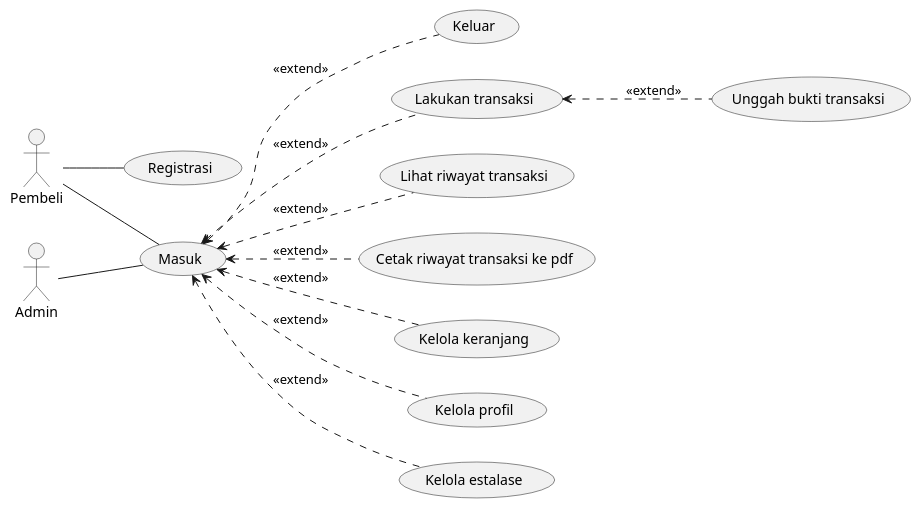
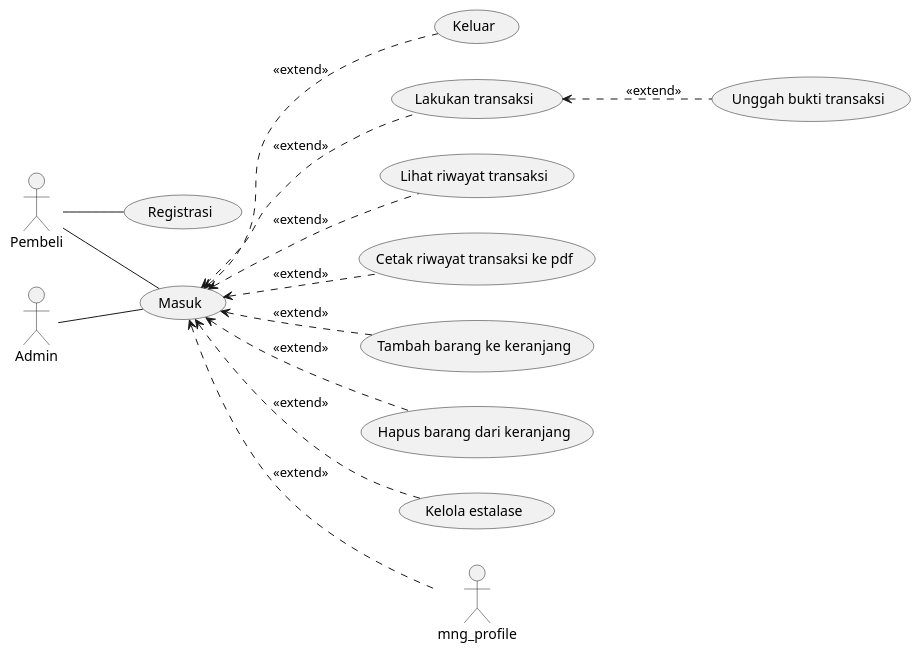
The diagram in use_case.puml (stnDinus/skpl_apbo_diagrams), drawn with PlantUML before and after one commit.

Commit message:
feat: decompose mng_cart

```diff
--- a/use_case.puml
+++ b/use_case.puml
@@ -1,34 +1,35 @@
 @startuml
 left to right direction
 
 actor Pembeli as usr
 actor Admin as root
 
 (Masuk) as signin
 (Registrasi) as signup
 (Keluar) as signout
 (Lakukan transaksi) as trx
 (Unggah bukti transaksi) as up_trx_receipt
 (Lihat riwayat transaksi) as trx_history
 (Cetak riwayat transaksi ke pdf) as pdf_trx_history
-(Kelola keranjang) as mng_cart
-(Kelola profil) as mng_profile
+(Tambah barang ke keranjang) as add_cart
+(Hapus barang dari keranjang) as del_cart
 (Kelola estalase) as stock
 
 usr -- signin
 usr -- signup
 
 root -- signin
 
 signin <.. trx: <<extend>>
 signin <.. trx_history: <<extend>>
 signin <.. pdf_trx_history: <<extend>>
-signin <.. mng_cart: <<extend>>
+signin <.. add_cart: <<extend>>
+signin <.. del_cart: <<extend>>
 signin <.. mng_profile: <<extend>>
 signin <.. signout: <<extend>>
 
 trx <.. up_trx_receipt: <<extend>>
 
 signin <.. stock: <<extend>>
 
 @enduml
```
